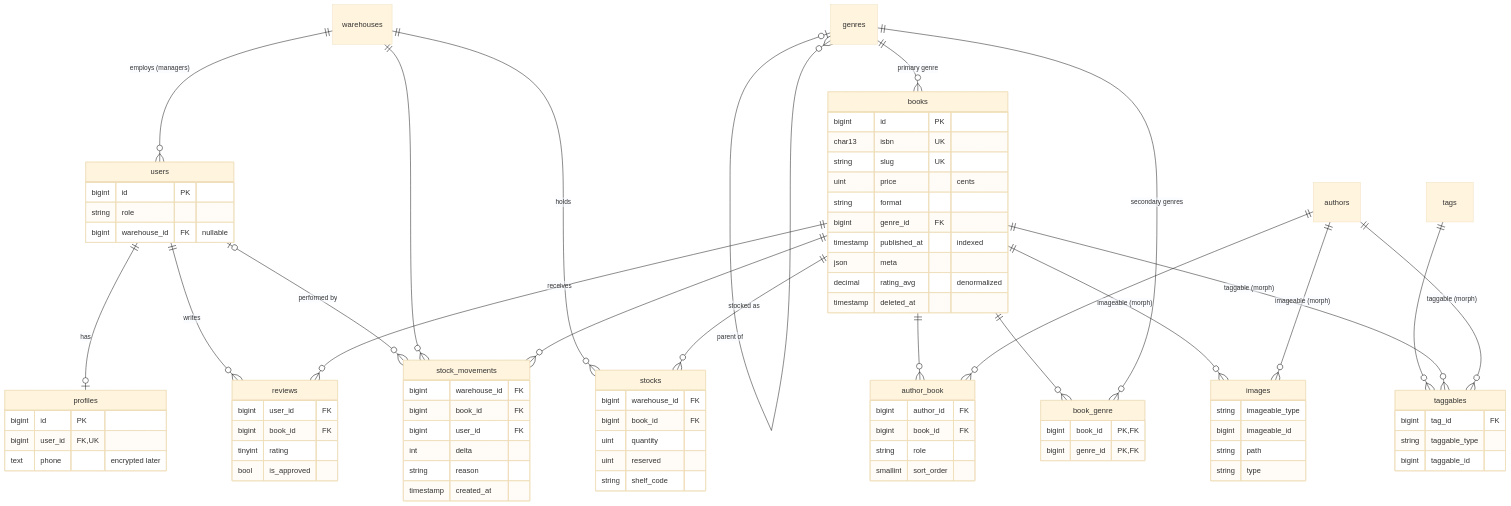
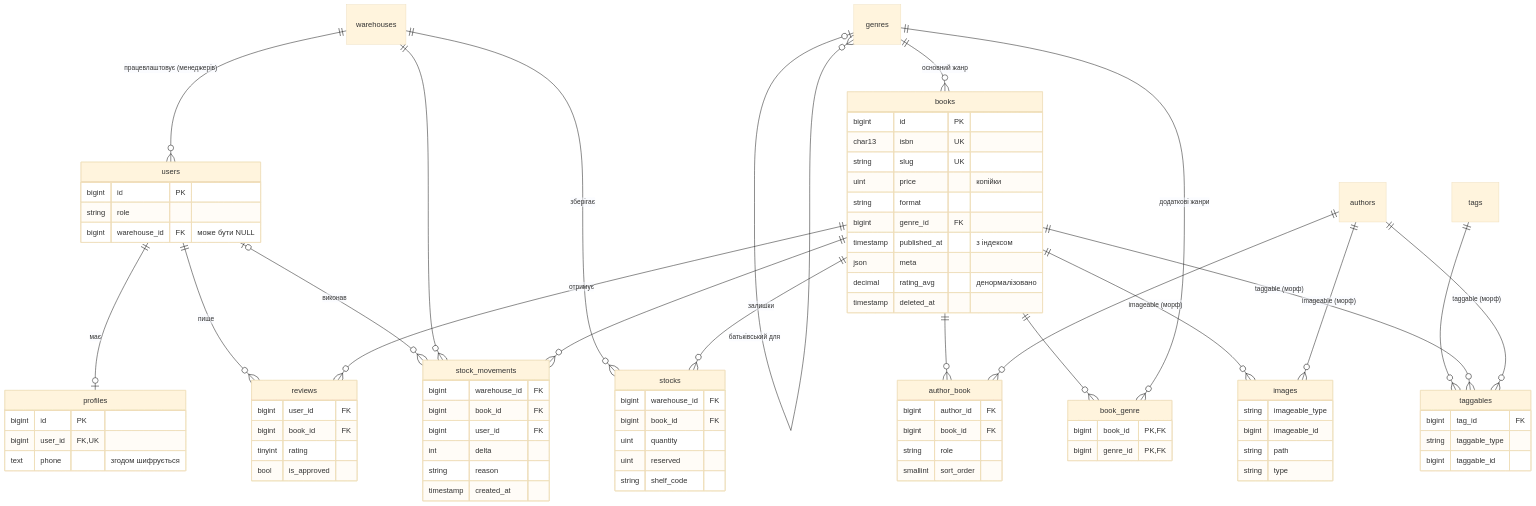
The diagram in docs/01-schema.md (Zenich75/bookstore), drawn with Mermaid (base theme) before and after one commit. The commit also changed other lines of this file and 91 other files, not shown here.

````diff
--- a/docs/01-schema.md
+++ b/docs/01-schema.md
@@ -25,46 +26,46 @@
 ```mermaid
 erDiagram
-    warehouses ||--o{ users : "employs (managers)"
-    users ||--o| profiles : has
-    users ||--o{ reviews : writes
-    users |o--o{ stock_movements : "performed by"
-    genres |o--o{ genres : "parent of"
-    genres ||--o{ books : "primary genre"
-    books ||--o{ reviews : receives
+    warehouses ||--o{ users : "працевлаштовує (менеджерів)"
+    users ||--o| profiles : "має"
+    users ||--o{ reviews : "пише"
+    users |o--o{ stock_movements : "виконав"
+    genres |o--o{ genres : "батьківський для"
+    genres ||--o{ books : "основний жанр"
+    books ||--o{ reviews : "отримує"
     books ||--o{ author_book : ""
     authors ||--o{ author_book : ""
     books ||--o{ book_genre : ""
-    genres ||--o{ book_genre : "secondary genres"
-    warehouses ||--o{ stocks : holds
-    books ||--o{ stocks : "stocked as"
+    genres ||--o{ book_genre : "додаткові жанри"
+    warehouses ||--o{ stocks : "зберігає"
+    books ||--o{ stocks : "залишки"
     warehouses ||--o{ stock_movements : ""
     books ||--o{ stock_movements : ""
     tags ||--o{ taggables : ""
-    books ||--o{ images : "imageable (morph)"
-    authors ||--o{ images : "imageable (morph)"
-    books ||--o{ taggables : "taggable (morph)"
-    authors ||--o{ taggables : "taggable (morph)"
+    books ||--o{ images : "imageable (морф)"
+    authors ||--o{ images : "imageable (морф)"
+    books ||--o{ taggables : "taggable (морф)"
+    authors ||--o{ taggables : "taggable (морф)"
 
     users {
         bigint id PK
         string role
-        bigint warehouse_id FK "nullable"
+        bigint warehouse_id FK "може бути NULL"
     }
     profiles {
         bigint id PK
         bigint user_id FK,UK
-        text phone "encrypted later"
+        text phone "згодом шифрується"
     }
     books {
         bigint id PK
         char13 isbn UK
         string slug UK
-        uint price "cents"
+        uint price "копійки"
         string format
         bigint genre_id FK
-        timestamp published_at "indexed"
+        timestamp published_at "з індексом"
         json meta
-        decimal rating_avg "denormalized"
+        decimal rating_avg "денормалізовано"
         timestamp deleted_at
     }
     reviews {
````
